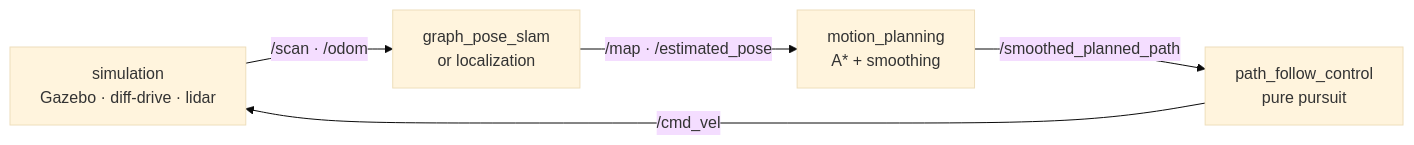
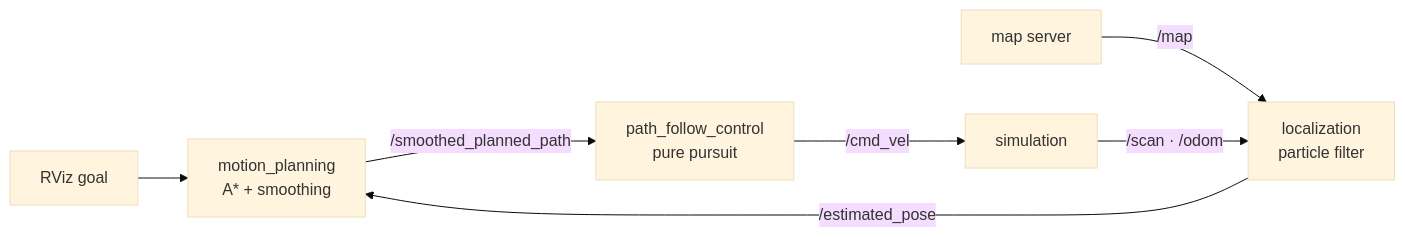
Before and after one commit to JinTTTT/taorobot: the third of 3 diagrams in README.md, drawn with Mermaid (base theme). The commit also changed other lines of this file and 3 other files, not shown here.

````diff
--- a/README.md
+++ b/README.md
@@ -73,7 +102,9 @@
 ```mermaid
 flowchart LR
-    SIM["simulation<br/>Gazebo · diff-drive · lidar"] -- "/scan · /odom" --> LOC["graph_pose_slam<br/>or localization"]
-    LOC -- "/map · /estimated_pose" --> PLAN["motion_planning<br/>A* + smoothing"]
+    GOAL["RViz goal"] --> PLAN["motion_planning<br/>A* + smoothing"]
+    MAPSRV["map server"] -- "/map" --> PF["localization<br/>particle filter"]
+    SIM["simulation"] -- "/scan · /odom" --> PF
+    PF -- "/estimated_pose" --> PLAN
     PLAN -- "/smoothed_planned_path" --> CTRL["path_follow_control<br/>pure pursuit"]
     CTRL -- "/cmd_vel" --> SIM
 ```
````
